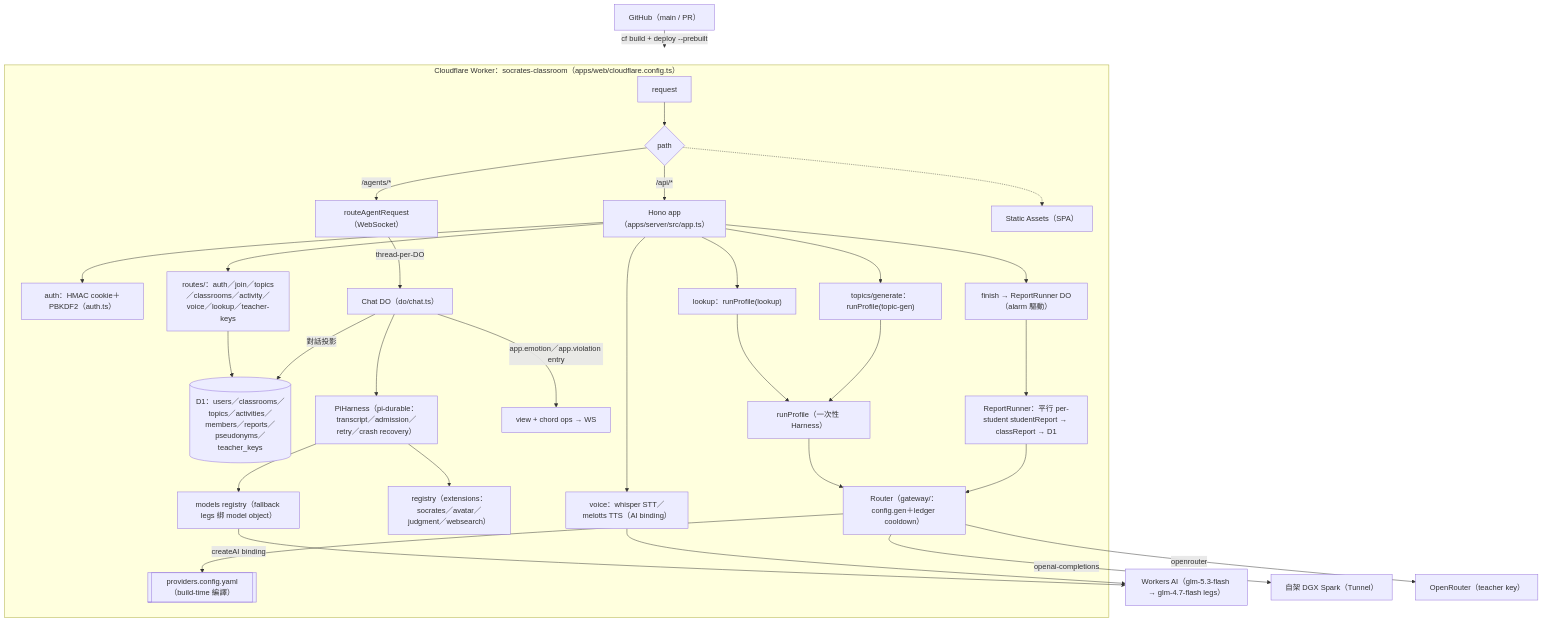
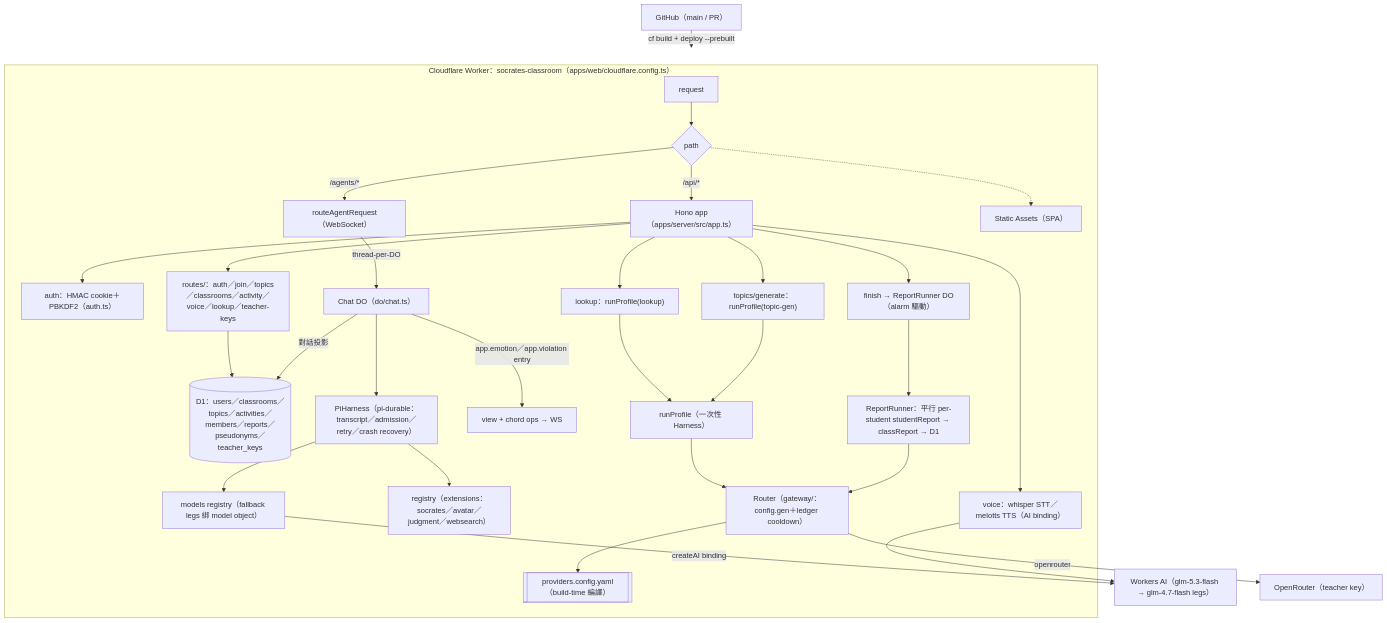
One commit to ntnu-swe-2026-team4/socrates-classroom changed the diagram in docs/architecture.md. Above: the diagram before and after it, drawn with Mermaid. The commit also changed other lines of this file and 9 other files, not shown here.

First line of the commit message:
feat(gateway): remove the dgx-spark leg — single-provider platform chain (workers-ai)

````diff
--- a/docs/architecture.md
+++ b/docs/architecture.md
@@ -21,38 +21,38 @@
 ```mermaid
 flowchart TD
     GH["GitHub（main / PR）"] -->|"cf build + deploy --prebuilt"| WORKER
 
     subgraph WORKER["Cloudflare Worker：socrates-classroom（apps/web/cloudflare.config.ts）"]
         REQ["request"] --> SPLIT{"path"}
         SPLIT -->|"/api/*"| HONO["Hono app（apps/server/src/app.ts）"]
         SPLIT -->|"/agents/*"| AGENT["routeAgentRequest（WebSocket）"]
         SPLIT -.-> SA["Static Assets（SPA）"]
 
         HONO --> AUTH["auth：HMAC cookie＋PBKDF2（auth.ts）"]
         HONO --> ROUTES["routes/：auth／join／topics／classrooms／activity／voice／lookup／teacher-keys"]
         ROUTES --> DB[("D1：users／classrooms／topics／activities／members／reports／pseudonyms／teacher_keys")]
         HONO --> VOICE["voice：whisper STT／melotts TTS（AI binding）"]
         HONO --> LOOKUP["lookup：runProfile(lookup)"]
         HONO --> GEN["topics/generate：runProfile(topic-gen)"]
         HONO --> FINISH["finish → ReportRunner DO（alarm 驅動）"]
 
         AGENT -->|"thread-per-DO"| CHAT["Chat DO（do/chat.ts）"]
         CHAT --> PH["PiHarness（pi-durable：transcript／admission／retry／crash recovery）"]
         PH --> REG["registry（extensions：socrates／avatar／judgment／websearch）"]
         PH --> MODELS["models registry（fallback legs 綁 model object）"]
         CHAT -->|"app.emotion／app.violation entry"| VIEW["view + chord ops → WS"]
         CHAT -->|"對話投影"| DB
 
         LOOKUP --> RP["runProfile（一次性 Harness）"]
         GEN --> RP
         RP --> ROUTER["Router（gateway/：config.gen＋ledger cooldown）"]
         ROUTER --> CFG[["providers.config.yaml（build-time 編譯）"]]
         FINISH --> RR["ReportRunner：平行 per-student studentReport → classReport → D1"]
         RR --> ROUTER
     end
 
     MODELS -->|"createAI binding"| WAI["Workers AI（glm-5.3-flash → glm-4.7-flash legs）"]
-    ROUTER -->|"openai-completions"| DGX["自架 DGX Spark（Tunnel）"]
+
     ROUTER -->|"openrouter"| OR["OpenRouter（teacher key）"]
     VOICE --> WAI
 ```
````
